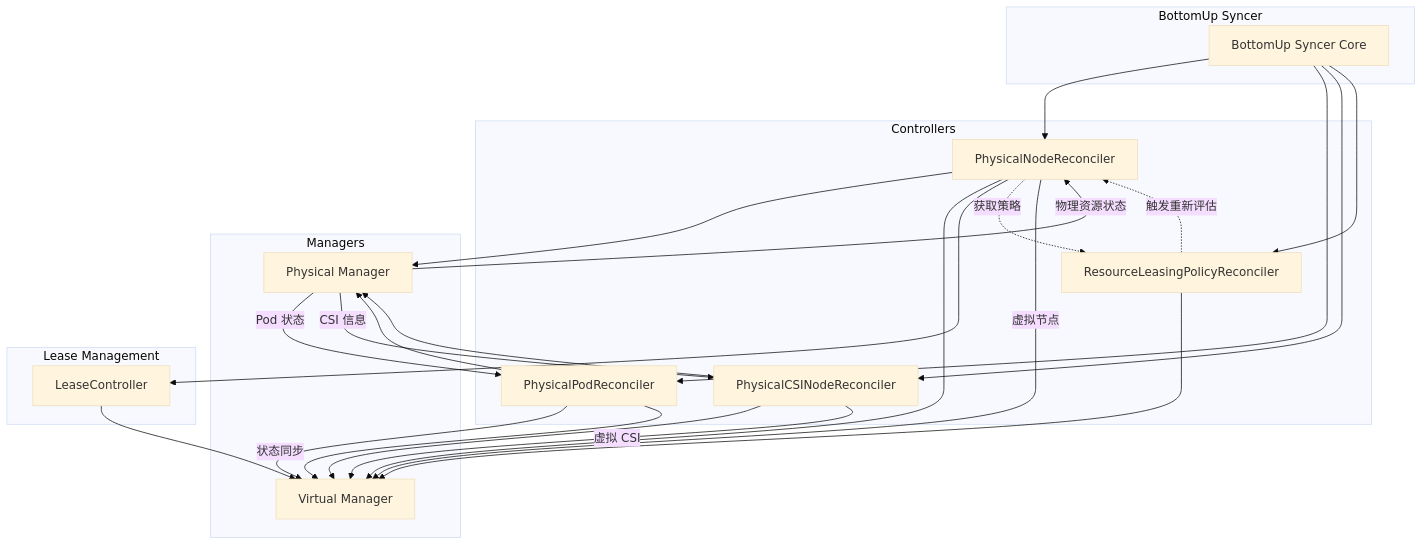
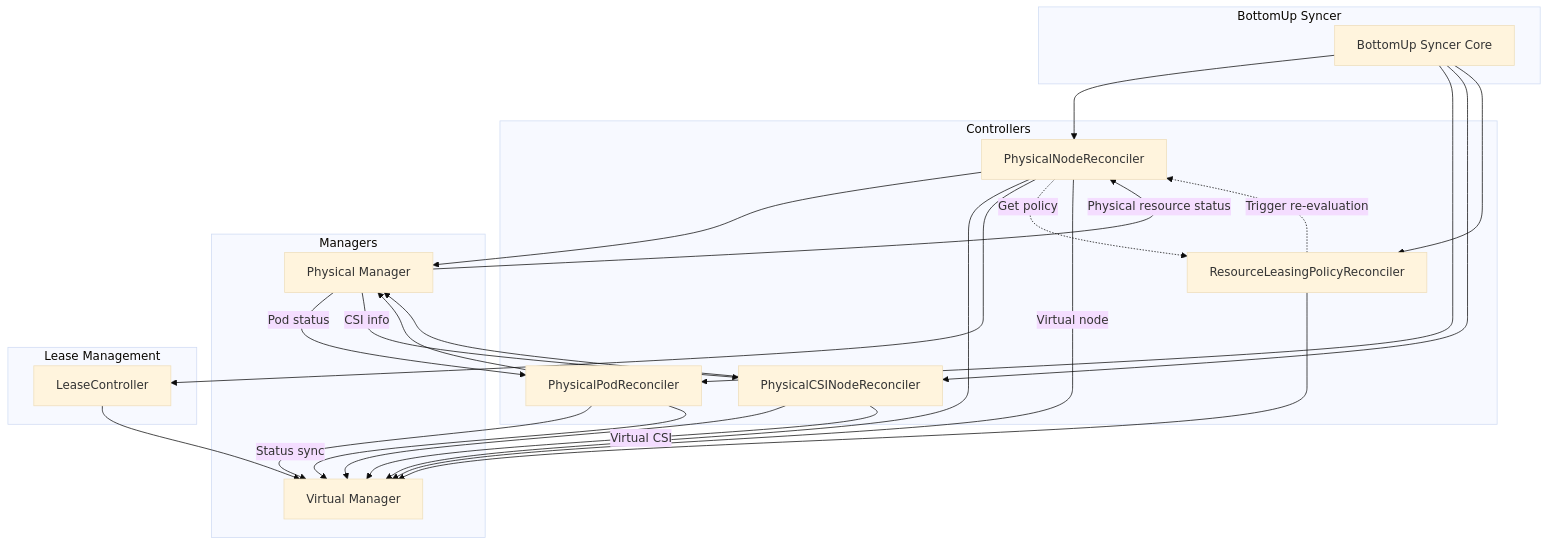
One commit to gocrane/kubeocean changed the first of 6 diagrams in docs/design/bottomup-syncer.md. Above: the diagram before and after it, drawn with Mermaid (base theme). The commit also changed other lines of this file and 16 other files, not shown here.

````diff
--- a/docs/design/bottomup-syncer.md
+++ b/docs/design/bottomup-syncer.md
@@ -99,53 +99,53 @@
 ```mermaid
 flowchart TD
     subgraph BUS["BottomUp Syncer"]
         BUC[BottomUp Syncer Core]
     end
     
     subgraph Controllers["Controllers"]
         PNR[PhysicalNodeReconciler]
         PPR[PhysicalPodReconciler]
         PCR[PhysicalCSINodeReconciler]
         RLR[ResourceLeasingPolicyReconciler]
     end
     
     subgraph Managers["Managers"]
         PM[Physical Manager]
         VM[Virtual Manager]
     end
     
     subgraph Lease["Lease Management"]
         LC[LeaseController]
     end
     
     %% Core setup
     BUC --> PNR
     BUC --> PPR
     BUC --> PCR
     BUC --> RLR
     
     %% Manager connections
     PNR --> PM
     PNR --> VM
     PPR --> PM
     PPR --> VM
     PCR --> PM
     PCR --> VM
     RLR --> VM
     
     %% Lease controller
     PNR --> LC
     LC --> VM
     
     %% Policy interactions
-    RLR -.->|触发重新评估| PNR
-    PNR -.->|获取策略| RLR
+    RLR -.->|Trigger re-evaluation| PNR
+    PNR -.->|Get policy| RLR
     
     %% Data flow
-    PM -->|物理资源状态| PNR
-    PNR -->|虚拟节点| VM
-    PM -->|Pod 状态| PPR
-    PPR -->|状态同步| VM
-    PM -->|CSI 信息| PCR
-    PCR -->|虚拟 CSI| VM
+    PM -->|Physical resource status| PNR
+    PNR -->|Virtual node| VM
+    PM -->|Pod status| PPR
+    PPR -->|Status sync| VM
+    PM -->|CSI info| PCR
+    PCR -->|Virtual CSI| VM
 ```
````
